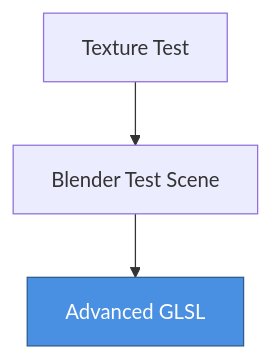
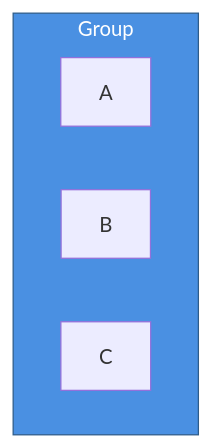
The fourth of 5 diagrams in README.md (KeyFicller/Periscope), drawn with Mermaid before and after one commit. The commit also changed other lines of this file and 6 other files, not shown here.

````diff
--- a/README.md
+++ b/README.md
@@ -220,11 +242,14 @@
 ```mermaid
 flowchart TD
+classDef GroupStyleClass fill:#4A90E2,stroke:#2E5C8A,color:#fff
+0@{ shape: rect, label: A }
+1@{ shape: rect, label: B }
+2@{ shape: rect, label: C }
+subgraph 3["Group"]
+0
+1
+2
+end
 
-classDef ActTypeClass fill:#4A90E2,stroke:#2E5C8A,color:#fff
-1@{ shape: rect, label: Texture Test }
-2@{ shape: rect, label: Blender Test Scene }
-4@{ shape: rect, label: Advanced GLSL }
-1 --> 2
-2 --> 4
-class 4 ActTypeClass
+class 3 GroupStyleClass
 ```
````
